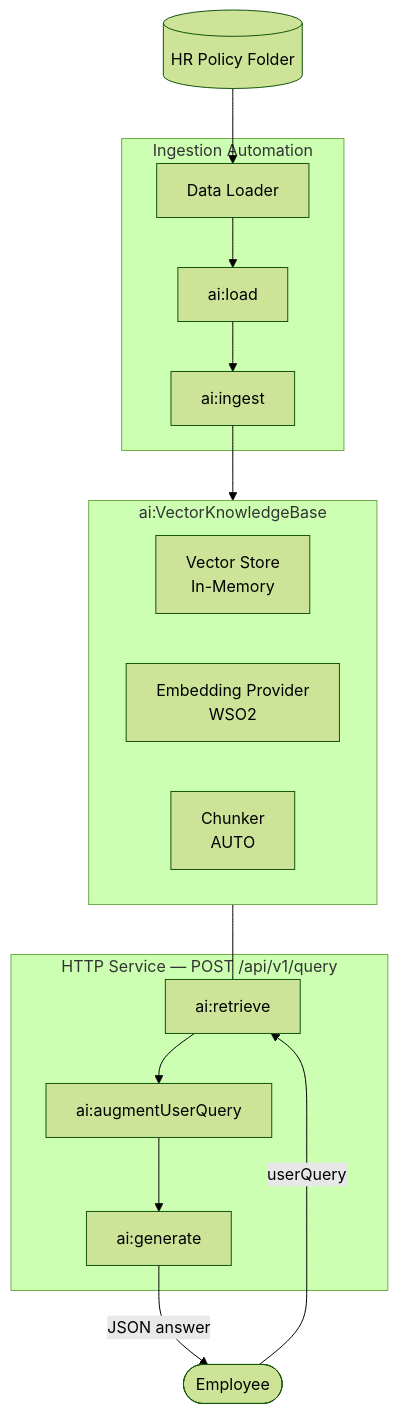
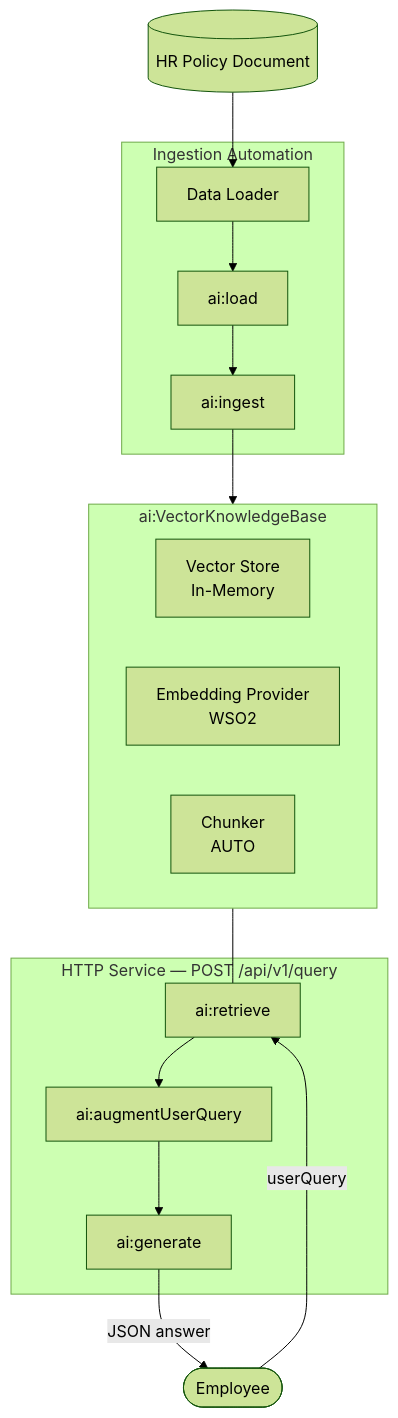
One commit to hasathcharu/docs-integrator changed the diagram in en/docs/genai/tutorials/building-hr-knowledge-base-rag.md. Above: the diagram before and after it, drawn with Mermaid (forest theme). The commit also changed other lines of this file and 1 other file, not shown here.

Commit message:
Refine document ingestion instructions and add model provider configuration image

````diff
--- a/en/docs/genai/tutorials/building-hr-knowledge-base-rag.md
+++ b/en/docs/genai/tutorials/building-hr-knowledge-base-rag.md
@@ -28,31 +35,31 @@
 ```mermaid
 flowchart TD
-    Folder[(HR Policy Folder)]
+    Folder[(HR Policy Document)]
     Employee([Employee])
 
     subgraph Automation["Ingestion Automation"]
         Loader[Data Loader]
         AILoad[ai:load]
         AIIngest[ai:ingest]
         Loader --> AILoad --> AIIngest
     end
 
     subgraph KB["ai:VectorKnowledgeBase"]
         VS[Vector Store<br/>In-Memory]
         EP[Embedding Provider<br/>WSO2]
         CH[Chunker<br/>AUTO]
     end
 
     subgraph Service["HTTP Service — POST /api/v1/query"]
         Retrieve[ai:retrieve]
         Augment[ai:augmentUserQuery]
         Generate[ai:generate]
         Retrieve --> Augment --> Generate
     end
 
     Folder --> Loader
     AIIngest --> KB
     KB --- Retrieve
     Employee -->|userQuery| Retrieve
     Generate -->|JSON answer| Employee
 ```
````
